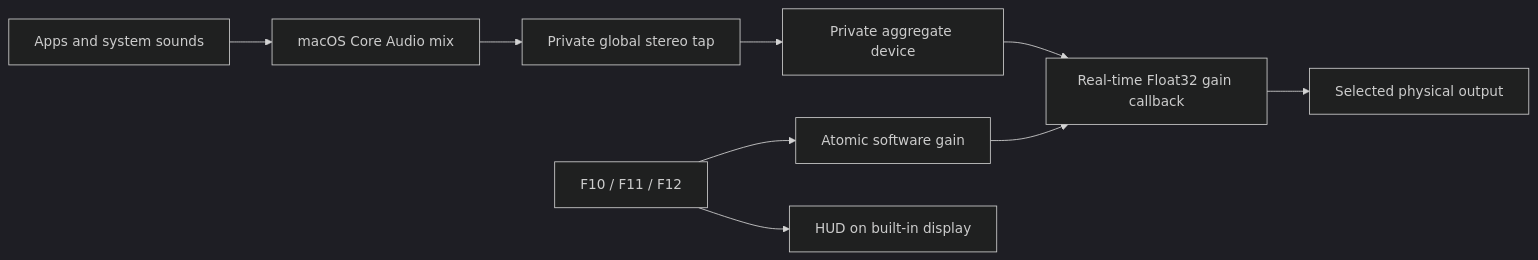
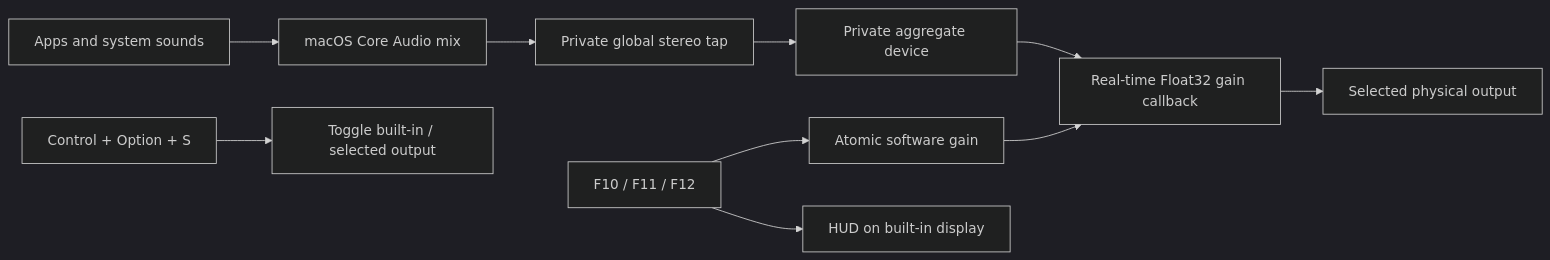
One commit to utsabfdahal/VoluMAC changed the diagram in README.md. Above: the diagram before and after it, drawn with Mermaid (dark theme). The commit also changed other lines of this file, not shown here.

First line of the commit message:
docs: document output toggle shortcut

````diff
--- a/README.md
+++ b/README.md
@@ -32,11 +33,12 @@
 ```mermaid
 flowchart LR
     A[Apps and system sounds] --> B[macOS Core Audio mix]
     B --> C[Private global stereo tap]
     C --> D[Private aggregate device]
     D --> E[Real-time Float32 gain callback]
     E --> F[Selected physical output]
     G[F10 / F11 / F12] --> H[Atomic software gain]
     G --> I[HUD on built-in display]
     H --> E
+    J[Control + Option + S] --> K[Toggle built-in / selected output]
 ```
````
